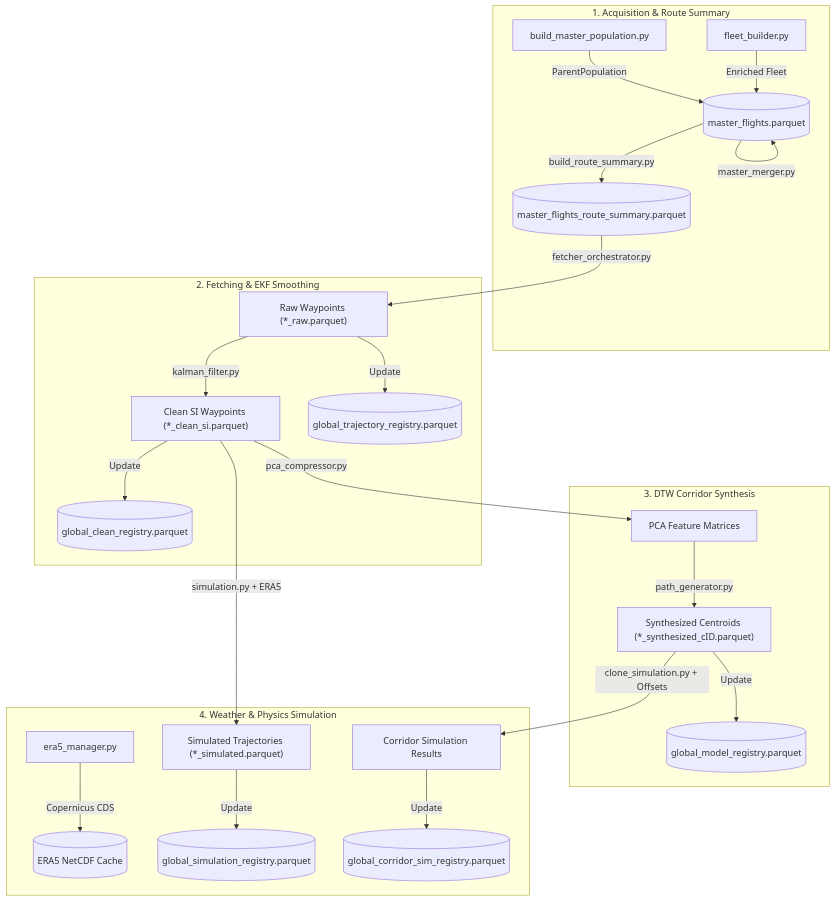
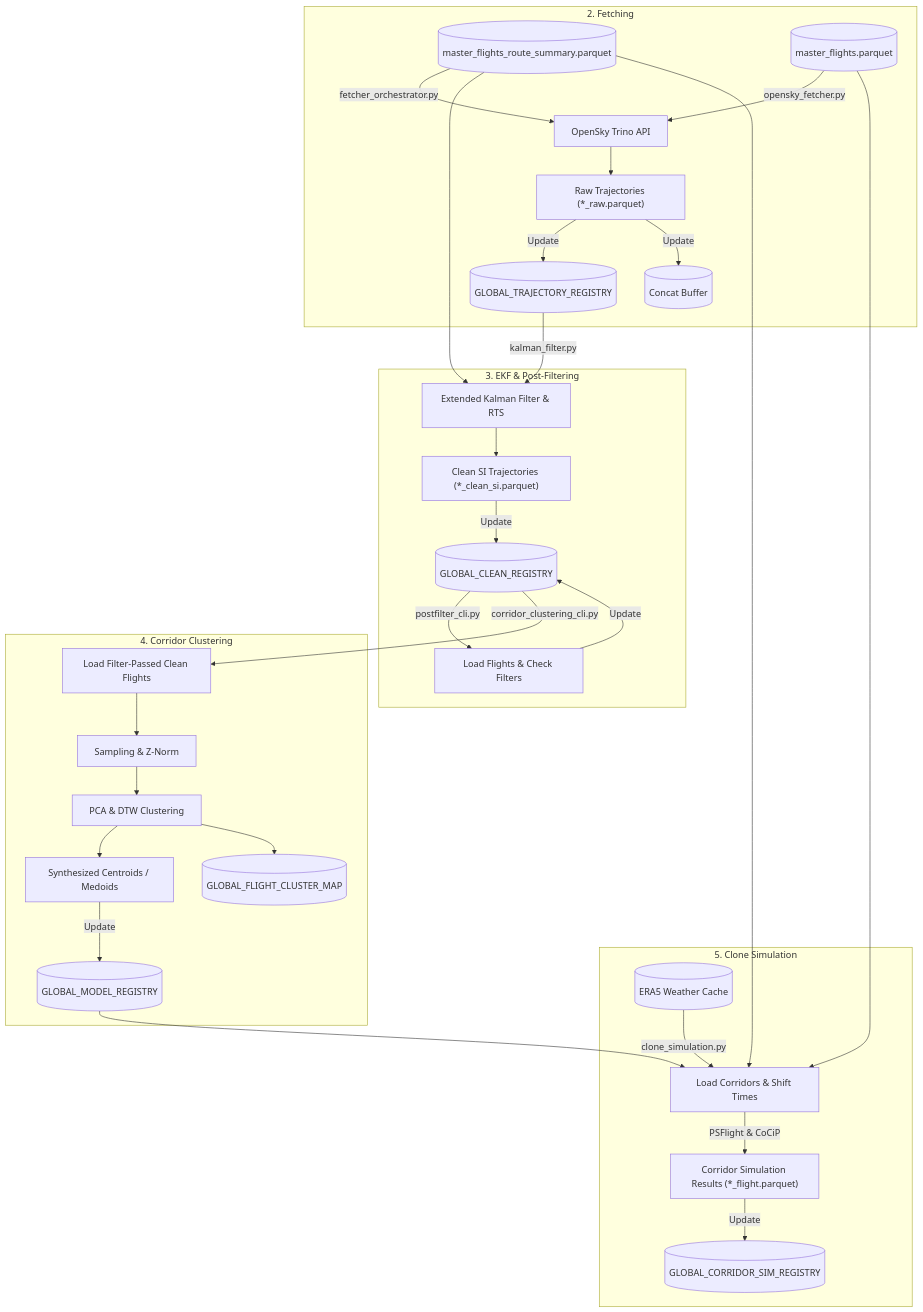
The second of 2 diagrams in README.md (Bauzement123/flight-physics-pipeline), drawn with Mermaid before and after one commit. The commit also changed other lines of this file and 1 other file, not shown here.

Commit message:
docs: restructure flowcharts to 3-part layout, include weather in Part 1, fix CLI args syntax

````diff
--- a/README.md
+++ b/README.md
@@ -9,30 +46,39 @@
 ```mermaid
-graph TD
-    subgraph Acquisition ["1. Acquisition & Route Summary"]
-        A[build_master_population.py] -->|ParentPopulation| C[(master_flights.parquet)]
-        B[fleet_builder.py] -->|Enriched Fleet| C
-        C -->|master_merger.py| C
-        C -->|build_route_summary.py| D[(master_flights_route_summary.parquet)]
+flowchart TD
+    subgraph Fetching ["2. Fetching"]
+        D[(master_flights_route_summary.parquet)] -->|fetcher_orchestrator.py| E1[OpenSky Trino API]
+        C[(master_flights.parquet)] -->|opensky_fetcher.py| E1
+        E1 --> E2["Raw Trajectories (*_raw.parquet)"]
+        E2 -->|Update| E3[(GLOBAL_TRAJECTORY_REGISTRY)]
+        E2 -->|Update| E3A[(Concat Buffer)]
     end
 
-    subgraph Trajectory_Processing ["2. Fetching & EKF Smoothing"]
-        D -->|fetcher_orchestrator.py| E["Raw Waypoints (*_raw.parquet)"]
-        E -->|kalman_filter.py| F["Clean SI Waypoints (*_clean_si.parquet)"]
-        E -->|Update| Reg1[(global_trajectory_registry.parquet)]
-        F -->|Update| Reg2[(global_clean_registry.parquet)]
+    subgraph EKF_PostFilter ["3. EKF & Post-Filtering"]
+        E3 -->|kalman_filter.py| E4[Extended Kalman Filter & RTS]
+        D --> E4
+        E4 --> E5["Clean SI Trajectories (*_clean_si.parquet)"]
+        E5 -->|Update| E6[(GLOBAL_CLEAN_REGISTRY)]
+        
+        E6 -->|postfilter_cli.py| P1[Load Flights & Check Filters]
+        P1 -->|Update| E6
     end
 
-    subgraph Corridor_Synthesis ["3. DTW Corridor Synthesis"]
-        F -->|pca_compressor.py| G[PCA Feature Matrices]
-        G -->|path_generator.py| H["Synthesized Centroids (*_synthesized_cID.parquet)"]
-        H -->|Update| Reg3[(global_model_registry.parquet)]
+    subgraph Corridor_Synthesis ["4. Corridor Clustering"]
+        E6 -->|corridor_clustering_cli.py| F1[Load Filter-Passed Clean Flights]
+        F1 --> F2[Sampling & Z-Norm]
+        F2 --> F3[PCA & DTW Clustering]
+        
+        F3 --> F4["Synthesized Centroids / Medoids"]
+        F3 --> F5[(GLOBAL_FLIGHT_CLUSTER_MAP)]
+        F4 -->|Update| F6[(GLOBAL_MODEL_REGISTRY)]
     end
 
-    subgraph Physics_Simulation ["4. Weather & Physics Simulation"]
-        I[era5_manager.py] -->|Copernicus CDS| J[(ERA5 NetCDF Cache)]
-        F -->|simulation.py + ERA5| K["Simulated Trajectories (*_simulated.parquet)"]
-        H -->|clone_simulation.py + Offsets| L["Corridor Simulation Results"]
-        K -->|Update| Reg4[(global_simulation_registry.parquet)]
-        L -->|Update| Reg5[(global_corridor_sim_registry.parquet)]
+    subgraph Physics_Simulation ["5. Clone Simulation"]
+        W1[(ERA5 Weather Cache)] -->|clone_simulation.py| S1[Load Corridors & Shift Times]
+        F6 --> S1
+        C --> S1
+        D --> S1
+        S1 -->|PSFlight & CoCiP| S2["Corridor Simulation Results (*_flight.parquet)"]
+        S2 -->|Update| S3[(GLOBAL_CORRIDOR_SIM_REGISTRY)]
     end
 ```
````
